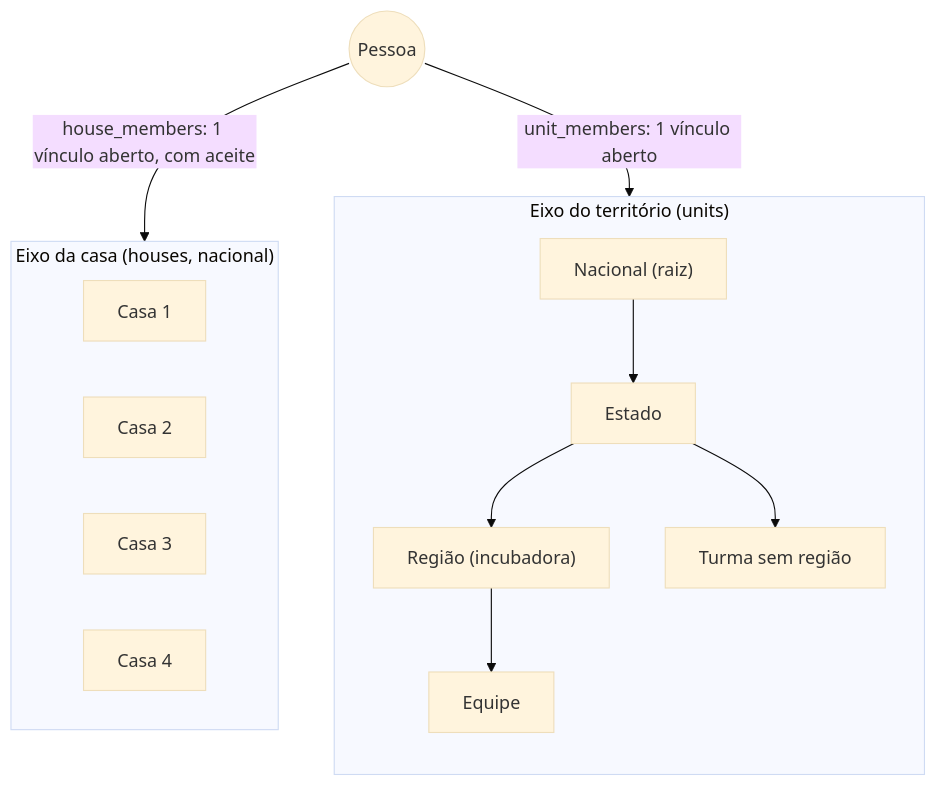
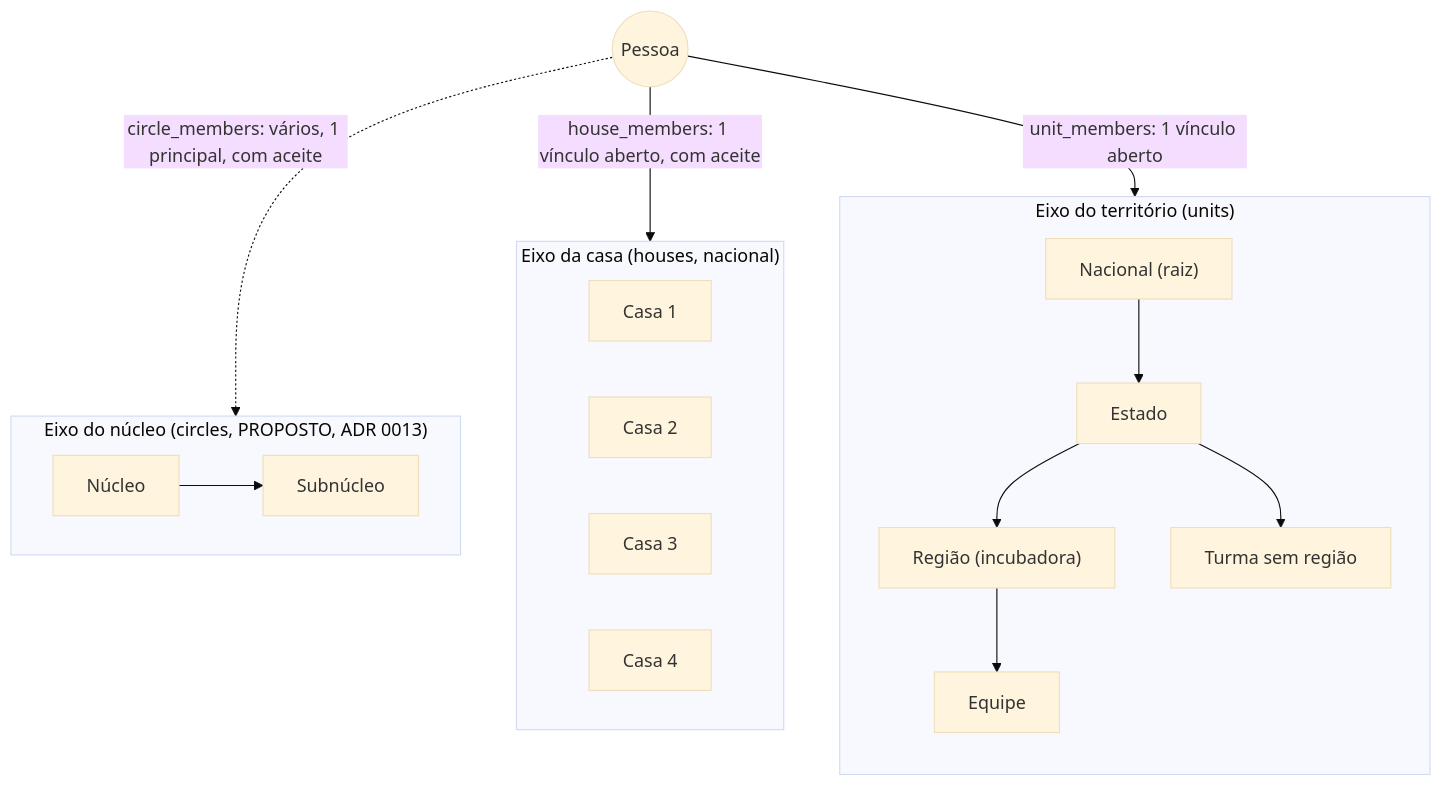
The first of 4 diagrams in docs/DIAGRAMAS.md (felipemaion/Complexo42), drawn with Mermaid (base theme) before and after one commit. The commit also changed other lines of this file and 5 other files, not shown here.

First line of the commit message:
docs: ADR 0013 propõe o núcleo, agrupamento fora do território (#171)

````diff
--- a/docs/DIAGRAMAS.md
+++ b/docs/DIAGRAMAS.md
@@ -18,19 +19,24 @@
 ```mermaid
 flowchart TB
   subgraph T["Eixo do território (units)"]
     direction TB
     BR["Nacional (raiz)"] --> SP["Estado"]
     SP --> RG["Região (incubadora)"]
     RG --> EQ["Equipe"]
     SP --> TR["Turma sem região"]
   end
   subgraph C["Eixo da casa (houses, nacional)"]
     direction LR
     H1["Casa 1"]
     H2["Casa 2"]
     H3["Casa 3"]
     H4["Casa 4"]
   end
+  subgraph N["Eixo do núcleo (circles, PROPOSTO, ADR 0013)"]
+    direction LR
+    N1["Núcleo"] --> N2["Subnúcleo"]
+  end
   P(("Pessoa")) -- "unit_members: 1 vínculo aberto" --> EQ
   P -- "house_members: 1 vínculo aberto, com aceite" --> H1
+  P -. "circle_members: vários, 1 principal, com aceite" .-> N2
 ```
````
